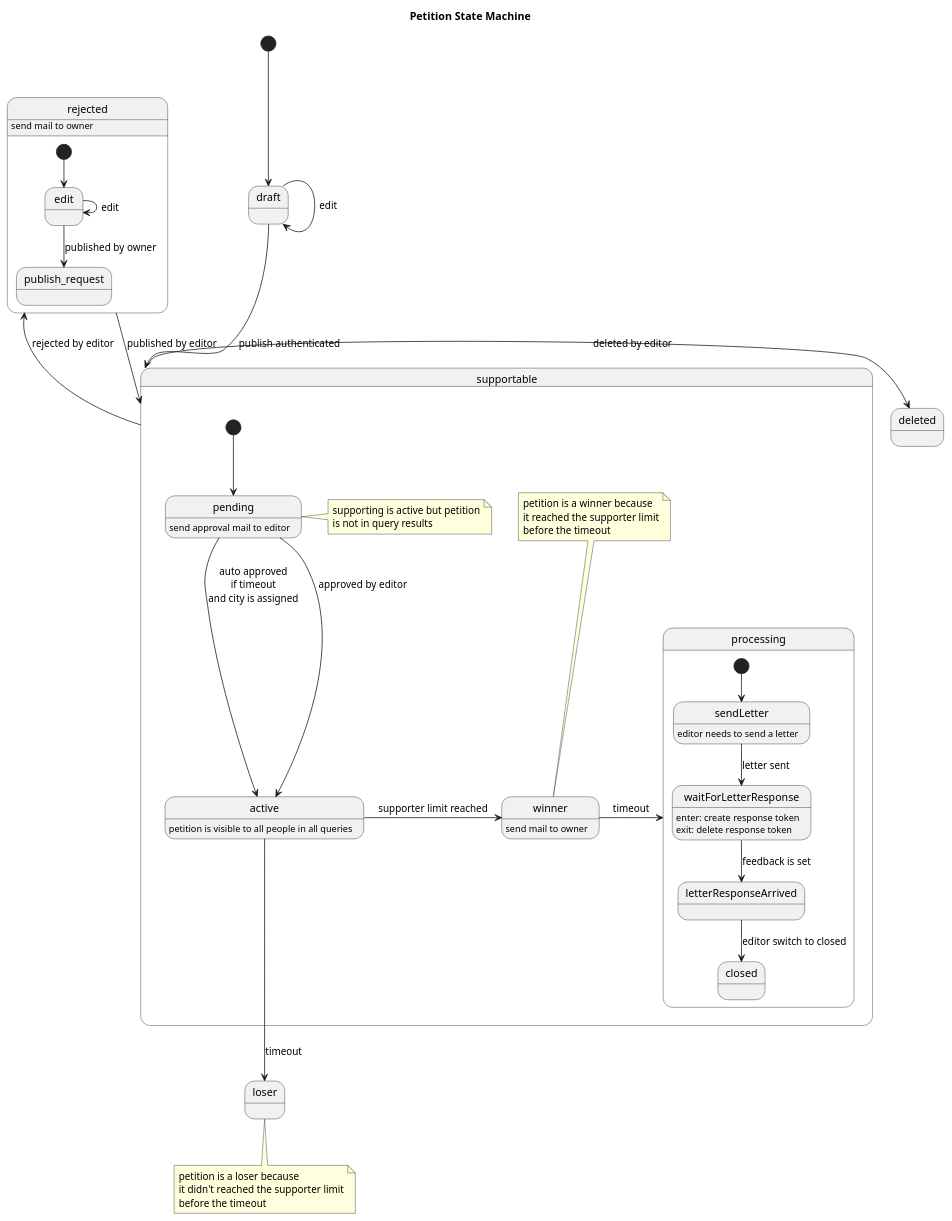
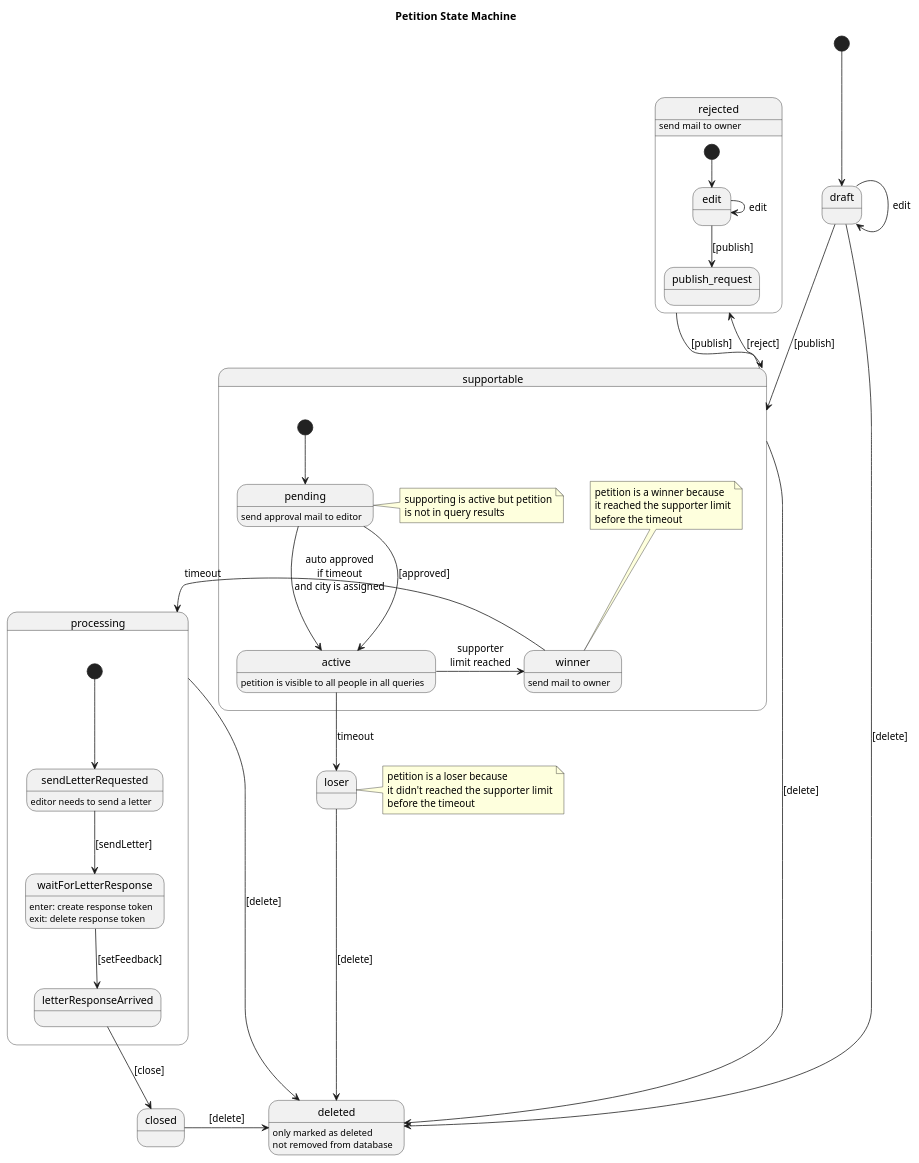
The diagram in docs/petition-management.rst (iris-dni/iris-service), drawn with PlantUML before and after one commit. The commit also changed other lines of this file and 5 other files, not shown here.

```diff
--- a/docs/petition-management.rst
+++ b/docs/petition-management.rst
@@ -20,55 +24,65 @@
 .. uml::
 
     @startuml
 
     Title "Petition State Machine"
 
     [*] --> draft
     draft --> draft : edit
-    draft --> supportable : publish authenticated
+    draft --> supportable : [publish]
 
-    supportable -up-> rejected : rejected by editor
-    supportable -> deleted : deleted by editor
+    supportable -up-> rejected : [reject]
+    supportable -> deleted : [delete]
 
-    rejected --> supportable : published by editor
+    rejected --> supportable : [publish]
+
+    draft --> deleted : [delete]
+    loser --> deleted : [delete]
+    closed -> deleted : [delete]
+    processing -> deleted : [delete]
+
+    state deleted {
+    }
+    deleted : only marked as deleted
+    deleted : not removed from database
 
     state rejected {
         [*] --> edit
         edit -> edit : edit
-        edit --> publish_request : published by owner
+        edit --> publish_request : [publish]
     }
     rejected : send mail to owner
 
     state loser {
     }
-    note bottom of loser : petition is a loser because\nit didn't reached the supporter limit\nbefore the timeout
+    note right of loser : petition is a loser because\nit didn't reached the supporter limit\nbefore the timeout
 
     state supportable {
       [*] --> pending
       pending : send approval mail to editor
       note right of pending : supporting is active but petition\nis not in query results
-      pending --> active : approved by editor
+      pending --> active : [approved]
       active : petition is visible to all people in all queries
       pending --> active : auto approved\nif timeout\nand city is assigned
       active --> loser : timeout
-      active -right-> winner : supporter limit reached
+      active -right-> winner : supporter\nlimit reached
       
       winner : send mail to owner
       note top of winner : petition is a winner because\nit reached the supporter limit\nbefore the timeout
 
       winner -> processing : timeout
     }
 
     state processing {
-        [*] --> sendLetter
-        sendLetter : editor needs to send a letter
-        sendLetter --> waitForLetterResponse : letter sent
+        [*] --> sendLetterRequested
+        sendLetterRequested : editor needs to send a letter
+        sendLetterRequested --> waitForLetterResponse : [sendLetter]
         waitForLetterResponse : enter: create response token
         waitForLetterResponse : exit: delete response token
-        waitForLetterResponse --> letterResponseArrived : feedback is set
-        letterResponseArrived --> closed : editor switch to closed
+        waitForLetterResponse --> letterResponseArrived : [setFeedback]
+        letterResponseArrived --> closed : [close]
     }
 
     state closed {
     }
     @enduml
```
